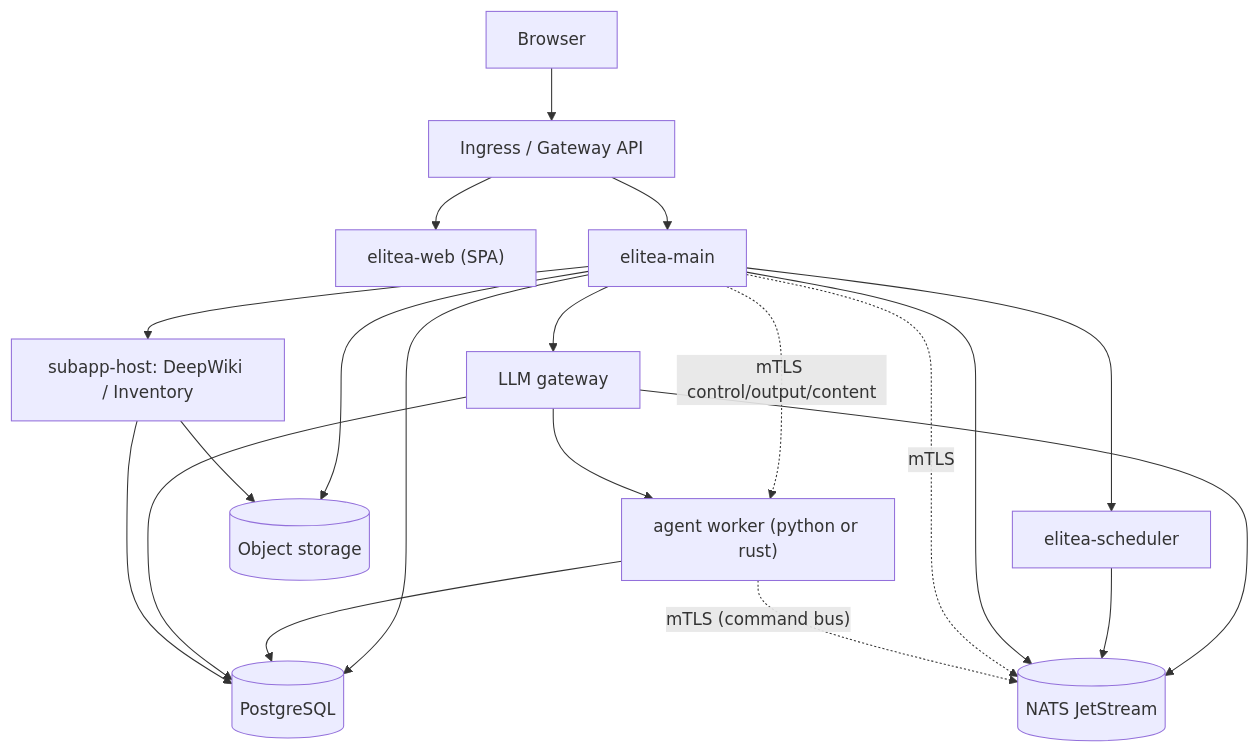
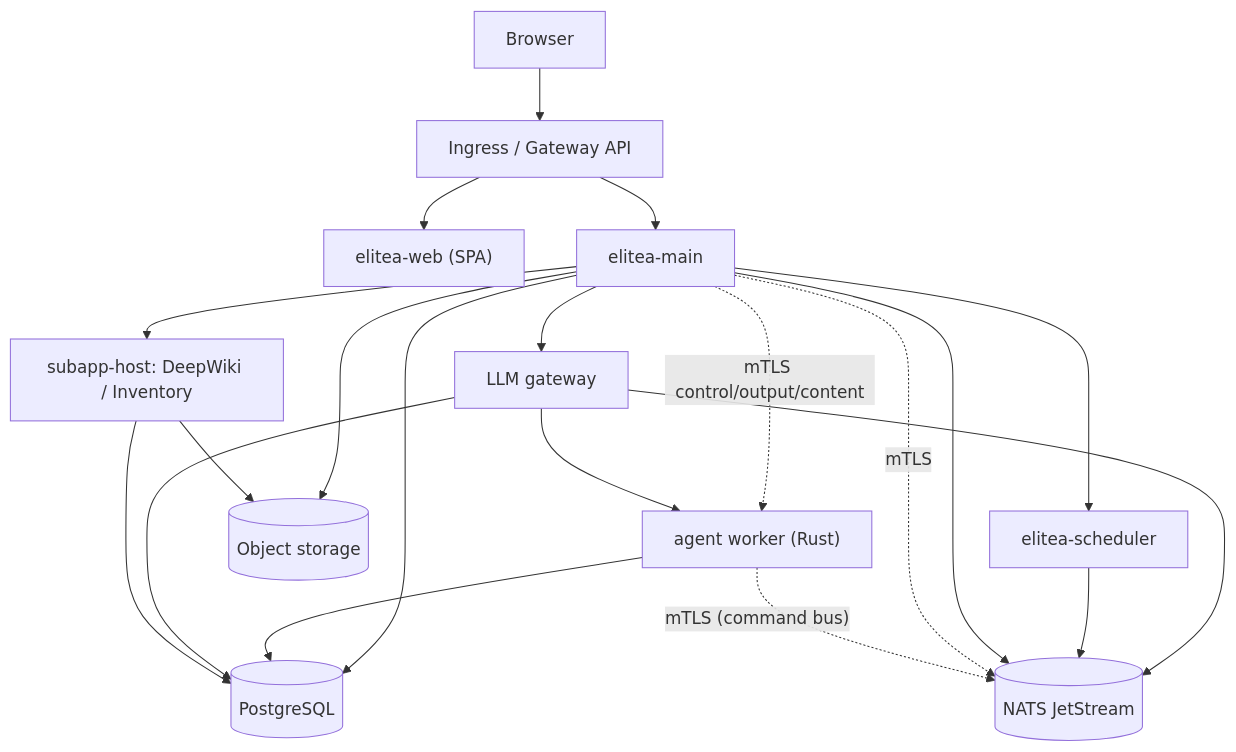
The diagram in apps/elitea-web/src/entries/docs/content/deployment/overview.mdx (elitea-ng/elitea-platform), drawn with Mermaid before and after one commit. The commit also changed other lines of this file and 6 other files, not shown here.

````diff
--- a/apps/elitea-web/src/entries/docs/content/deployment/overview.mdx
+++ b/apps/elitea-web/src/entries/docs/content/deployment/overview.mdx
@@ -14,27 +14,27 @@
 ```mermaid
 flowchart TB
     Browser["Browser"] --> Edge["Ingress / Gateway API"]
     Edge --> Web["elitea-web (SPA)"]
     Edge --> Main["elitea-main"]
 
     Main --> Gateway["LLM gateway"]
     Main --> Scheduler["elitea-scheduler"]
     Main --> SubappHost["subapp-host: DeepWiki / Inventory"]
-    Main -. mTLS control/output/content .-> Worker["agent worker (python or rust)"]
+    Main -. mTLS control/output/content .-> Worker["agent worker (Rust)"]
 
     Gateway --> Worker
     Gateway --> NATS[("NATS JetStream")]
     Scheduler --> NATS
 
     Main --> DB[("PostgreSQL")]
     Worker --> DB
     Gateway --> DB
     SubappHost --> DB
 
     Main --> NATS
     Main -. mTLS .-> NATS
     Worker -. "mTLS (command bus)" .-> NATS
 
     Main --> Object[("Object storage")]
     SubappHost --> Object
 ```
````
